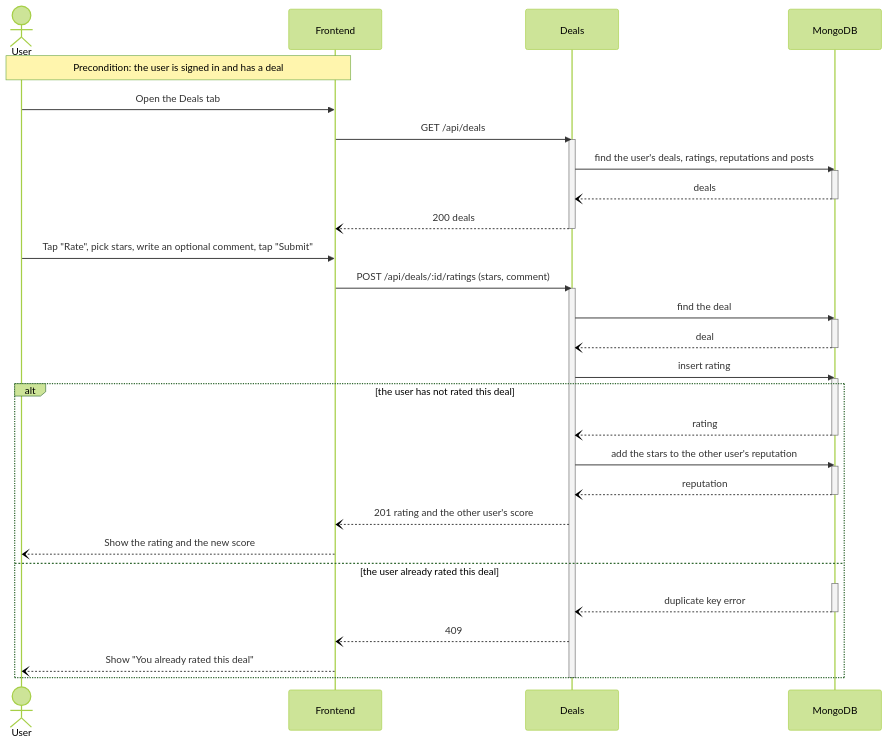
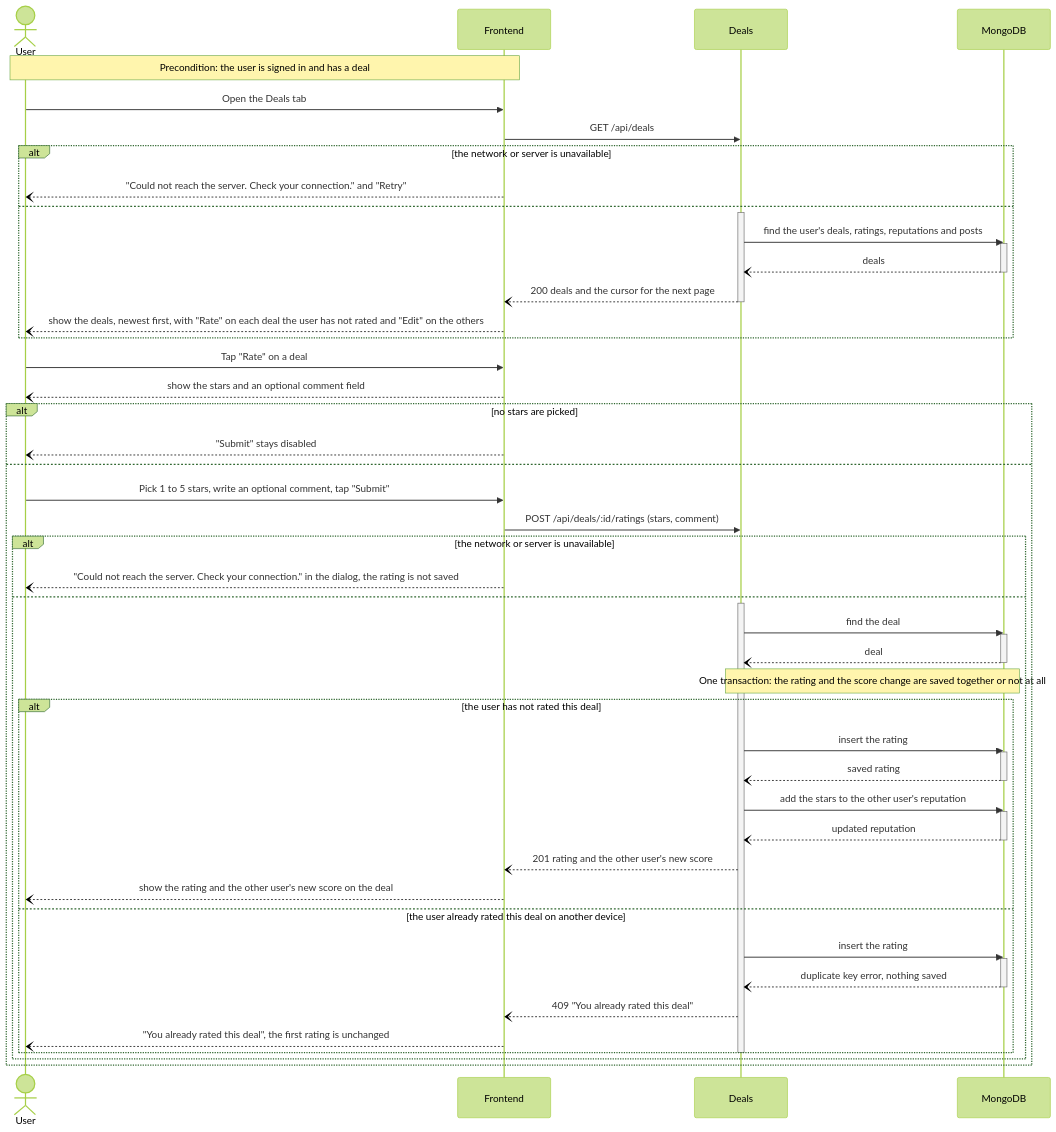
The third of 6 diagrams in documentation/Requirements_and_Design.md (m1lun/MatchMarket), drawn with Mermaid (forest theme) before and after one commit. The commit also changed other lines of this file, not shown here.

Commit message:
docs: show every use case failure in the other four sequence diagrams

````diff
--- a/documentation/Requirements_and_Design.md
+++ b/documentation/Requirements_and_Design.md
@@ -530,43 +558,60 @@
 ```mermaid
 sequenceDiagram
     actor U as User
     participant FE as Frontend
     participant D as Deals
     participant DB as MongoDB
     Note over U,FE: Precondition: the user is signed in and has a deal
     U->>FE: Open the Deals tab
     FE->>D: GET /api/deals
-    activate D
-    D->>DB: find the user's deals, ratings, reputations and posts
-    activate DB
-    DB--)D: deals
-    deactivate DB
-    D--)FE: 200 deals
-    deactivate D
-    U->>FE: Tap "Rate", pick stars, write an optional comment, tap "Submit"
-    FE->>D: POST /api/deals/:id/ratings (stars, comment)
-    activate D
-    D->>DB: find the deal
-    activate DB
-    DB--)D: deal
-    deactivate DB
-    D->>DB: insert rating
-    activate DB
-    alt the user has not rated this deal
-        DB--)D: rating
+    alt the network or server is unavailable
+        FE--)U: "Could not reach the server. Check your connection." and "Retry"
+    else
+        activate D
+        D->>DB: find the user's deals, ratings, reputations and posts
+        activate DB
+        DB--)D: deals
         deactivate DB
-        D->>DB: add the stars to the other user's reputation
-        activate DB
-        DB--)D: reputation
-        deactivate DB
-        D--)FE: 201 rating and the other user's score
-        FE--)U: Show the rating and the new score
-    else the user already rated this deal
-        activate DB
-        DB--)D: duplicate key error
-        deactivate DB
-        D--)FE: 409
-        FE--)U: Show "You already rated this deal"
+        D--)FE: 200 deals and the cursor for the next page
+        deactivate D
+        FE--)U: show the deals, newest first, with "Rate" on each deal the user has not rated and "Edit" on the others
     end
-    deactivate D
+    U->>FE: Tap "Rate" on a deal
+    FE--)U: show the stars and an optional comment field
+    alt no stars are picked
+        FE--)U: "Submit" stays disabled
+    else
+        U->>FE: Pick 1 to 5 stars, write an optional comment, tap "Submit"
+        FE->>D: POST /api/deals/:id/ratings (stars, comment)
+        alt the network or server is unavailable
+            FE--)U: "Could not reach the server. Check your connection." in the dialog, the rating is not saved
+        else
+            activate D
+            D->>DB: find the deal
+            activate DB
+            DB--)D: deal
+            deactivate DB
+            Note over D,DB: One transaction: the rating and the score change are saved together or not at all
+            alt the user has not rated this deal
+                D->>DB: insert the rating
+                activate DB
+                DB--)D: saved rating
+                deactivate DB
+                D->>DB: add the stars to the other user's reputation
+                activate DB
+                DB--)D: updated reputation
+                deactivate DB
+                D--)FE: 201 rating and the other user's new score
+                FE--)U: show the rating and the other user's new score on the deal
+            else the user already rated this deal on another device
+                D->>DB: insert the rating
+                activate DB
+                DB--)D: duplicate key error, nothing saved
+                deactivate DB
+                D--)FE: 409 "You already rated this deal"
+                FE--)U: "You already rated this deal", the first rating is unchanged
+            end
+            deactivate D
+        end
+    end
 ```
````
